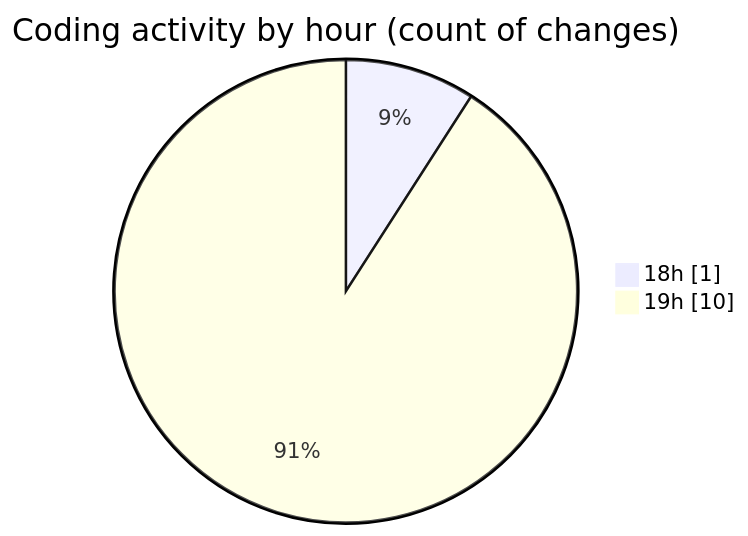
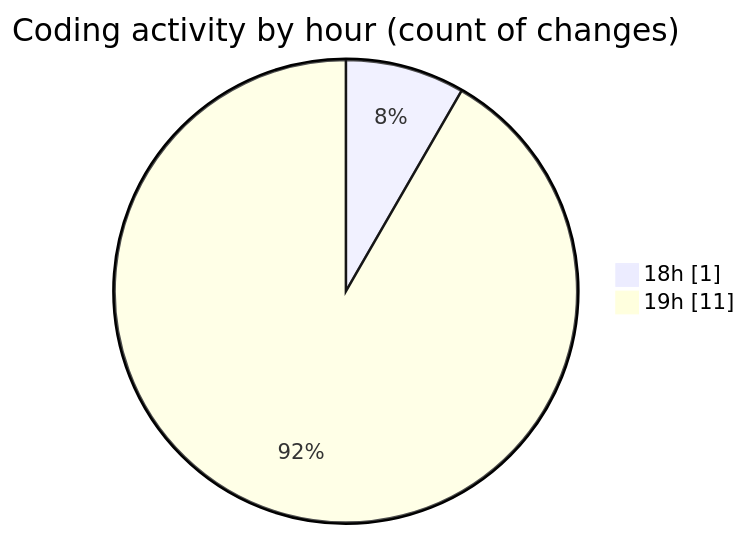
Before and after one commit to Netris89/code-tracking: the second of 2 diagrams in 2025-03-30/front-end/README.md, drawn with Mermaid. The commit also changed other lines of this file and 1 other file, not shown here.

````diff
--- a/2025-03-30/front-end/README.md
+++ b/2025-03-30/front-end/README.md
@@ -32,6 +32,6 @@
 ```mermaid
 pie showData
 title Coding activity by hour (count of changes)
 "18h" : 1
-"19h" : 10
+"19h" : 11
 ```
````
